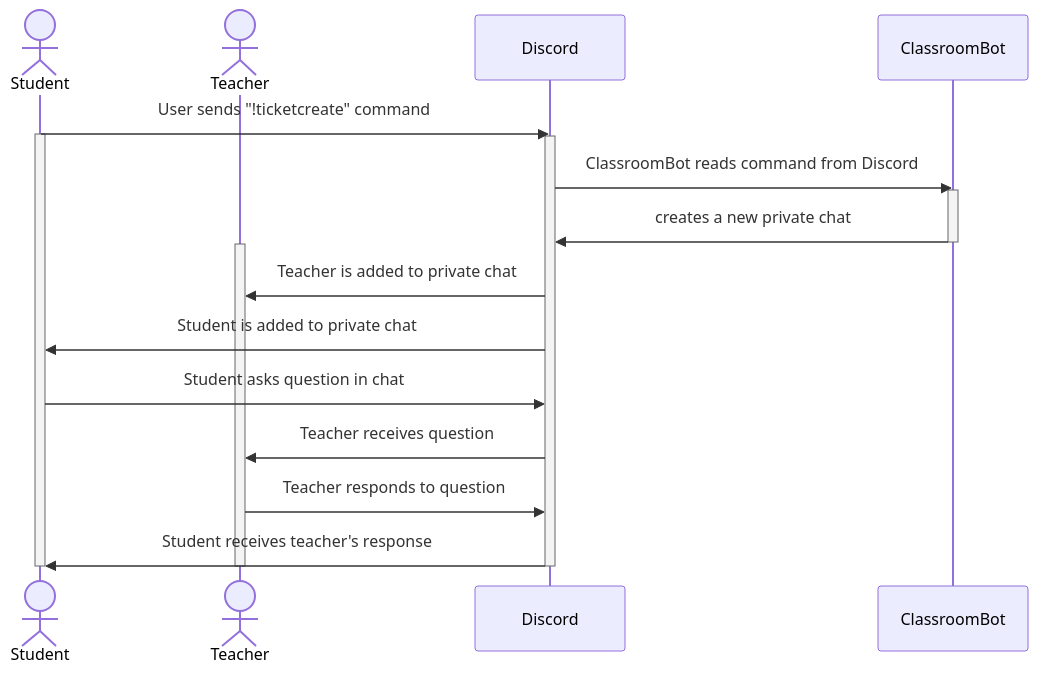
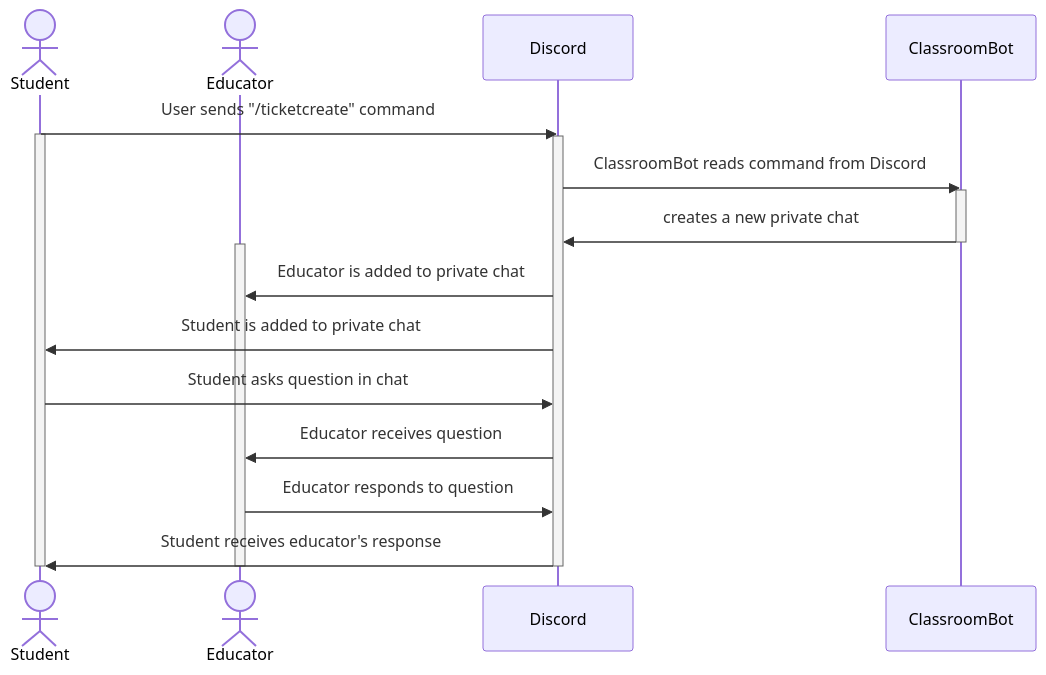
One commit to Capstone-Projects-2023-Spring/project-discord-classroom changed the sixth of 8 diagrams in documentation/docs/system-architecture/design.md. Above: the diagram before and after it, drawn with Mermaid. The commit also changed other lines of this file and 7 other files, not shown here.

````diff
--- a/documentation/docs/system-architecture/design.md
+++ b/documentation/docs/system-architecture/design.md
@@ -405,26 +405,26 @@
 ```mermaid
 
 sequenceDiagram
     actor Student
-    actor Teacher
+    actor Educator
     participant Discord
     participant ClassroomBot
-    Student->>Discord: User sends "!ticketcreate" command
+    Student->>Discord: User sends "/ticketcreate" command
     activate Student
     activate Discord
     Discord->>ClassroomBot: ClassroomBot reads command from Discord
     activate ClassroomBot
     ClassroomBot->>Discord: creates a new private chat
     deactivate ClassroomBot
-    activate Teacher
-    Discord->>Teacher: Teacher is added to private chat
+    activate Educator
+    Discord->>Educator: Educator is added to private chat
     Discord->>Student: Student is added to private chat
     Student->>Discord: Student asks question in chat
-    Discord->>Teacher: Teacher receives question
-    Teacher->>Discord: Teacher responds to question
-    Discord->>Student: Student receives teacher's response
+    Discord->>Educator: Educator receives question
+    Educator->>Discord: Educator responds to question
+    Discord->>Student: Student receives educator's response
     deactivate Discord
-    deactivate Teacher
+    deactivate Educator
     deactivate Student
     
 ```
````
